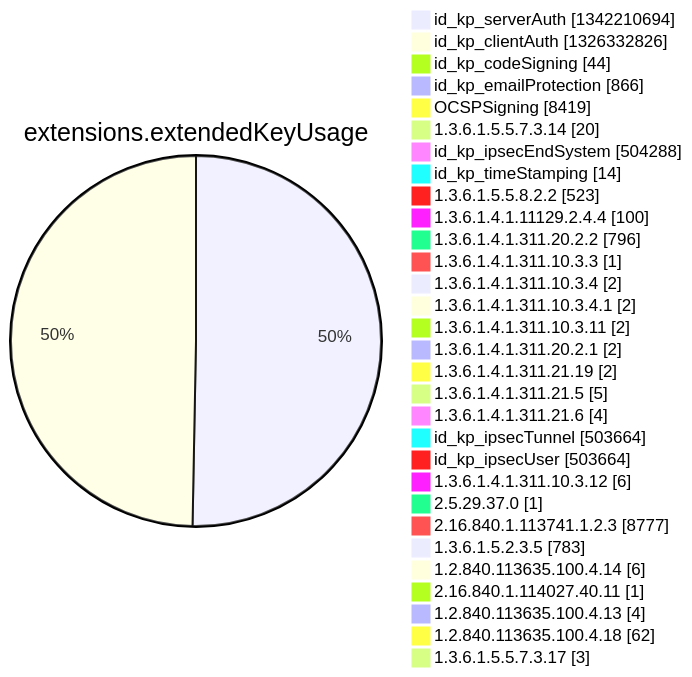
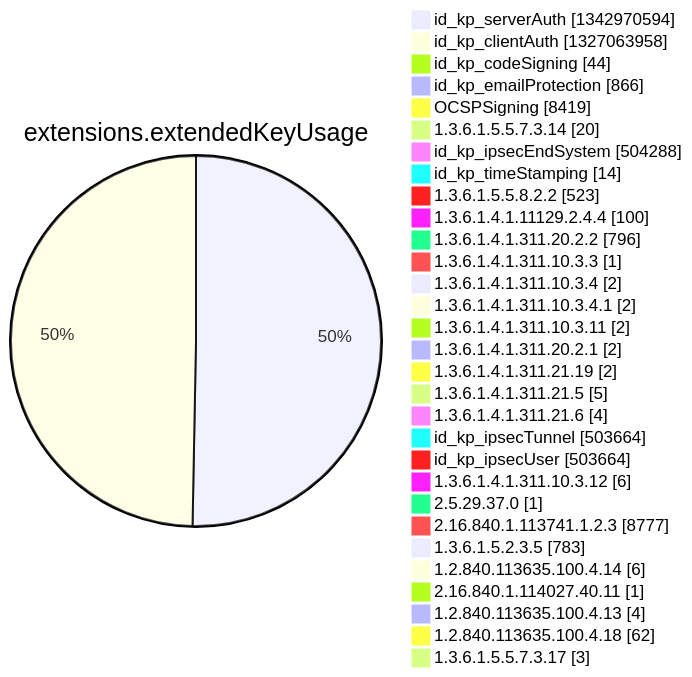
Before and after one commit to christiankrug/ctmonitor_visualization: diagram 12 of 15 in argon2022/README.md, drawn with Mermaid. The commit also changed other lines of this file, not shown here.

````diff
--- a/argon2022/README.md
+++ b/argon2022/README.md
@@ -3553,34 +3553,34 @@
 ```mermaid
 pie showData
 title extensions.extendedKeyUsage
-"id_kp_serverAuth" :1342210694
-"id_kp_clientAuth" :1326332826
+"id_kp_serverAuth" :1342970594
+"id_kp_clientAuth" :1327063958
 "id_kp_codeSigning" :44
 "id_kp_emailProtection" :866
 "OCSPSigning" :8419
 "1.3.6.1.5.5.7.3.14" :20
 "id_kp_ipsecEndSystem" :504288
 "id_kp_timeStamping" :14
 "1.3.6.1.5.5.8.2.2" :523
 "1.3.6.1.4.1.11129.2.4.4" :100
 "1.3.6.1.4.1.311.20.2.2" :796
 "1.3.6.1.4.1.311.10.3.3" :1
 "1.3.6.1.4.1.311.10.3.4" :2
 "1.3.6.1.4.1.311.10.3.4.1" :2
 "1.3.6.1.4.1.311.10.3.11" :2
 "1.3.6.1.4.1.311.20.2.1" :2
 "1.3.6.1.4.1.311.21.19" :2
 "1.3.6.1.4.1.311.21.5" :5
 "1.3.6.1.4.1.311.21.6" :4
 "id_kp_ipsecTunnel" :503664
 "id_kp_ipsecUser" :503664
 "1.3.6.1.4.1.311.10.3.12" :6
 "2.5.29.37.0" :1
 "2.16.840.1.113741.1.2.3" :8777
 "1.3.6.1.5.2.3.5" :783
 "1.2.840.113635.100.4.14" :6
 "2.16.840.1.114027.40.11" :1
 "1.2.840.113635.100.4.13" :4
 "1.2.840.113635.100.4.18" :62
 "1.3.6.1.5.5.7.3.17" :3
 ```
````
